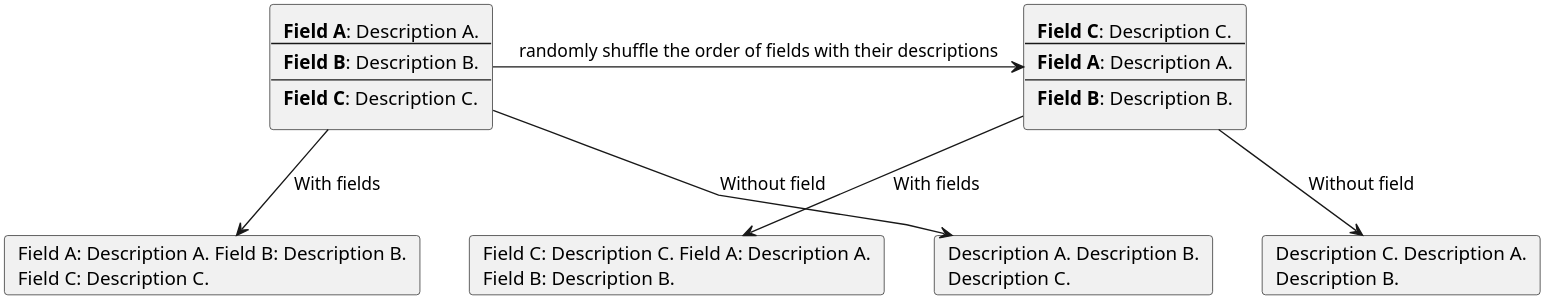
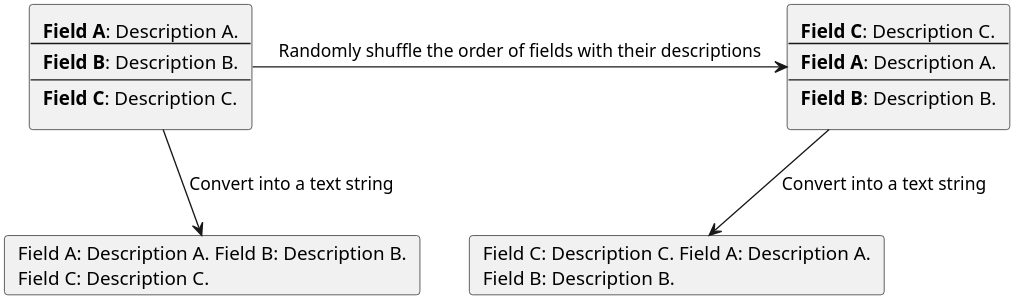
The diagram in uml/text_aug.pu (C-Campbell-Lab/A-BERT-model-from-pathology-synopses), drawn with PlantUML before and after one commit. The commit also changed 16 other files, not shown here.

```diff
--- a/uml/text_aug.pu
+++ b/uml/text_aug.pu
@@ -1,55 +1,55 @@
 @startuml text_aug
 ' skinparam defaultTextAlignment center
 skinparam linetype polyline
 skinparam Dpi 300
 skinparam monochrome true
 skinparam shadowing false
 skinparam classFontName Arial
 together {
     rectangle origin as "
     **Field A**: Description A.
     ---
     **Field B**: Description B.
     ---
     **Field C**: Description C.
     "
 
     rectangle aug as "
     **Field C**: Description C.
     ---
     **Field A**: Description A.
     ---
     **Field B**: Description B.
     "
 }
 
 together {
     card text_ori as "Field A: Description A. Field B: Description B.
      Field C: Description C."
 
     card text_aug as "Field C: Description C. Field A: Description A.
      Field B: Description B."
 }
 
-together {
-card text_ori_no as "Description A. Description B.
- Description C."
-card text_aug_no as "Description C. Description A.
- Description B."
-}
+' together {
+' card text_ori_no as "Description A. Description B.
+'  Description C."
+' card text_aug_no as "Description C. Description A.
+'  Description B."
+' }
 
-origin -r-> aug : "randomly shuffle the order of fields with their descriptions"
+origin -r-> aug : "Randomly shuffle the order of fields with their descriptions"
 
 
-origin -d-> text_ori : "With fields"
+origin -d-> text_ori : "Convert into a text string"
 
-aug -d-> text_aug : "With fields"
+aug -d-> text_aug : "Convert into a text string"
 
 
-origin -d-> text_ori_no : "Without field"
+' origin -d-> text_ori_no : "Without field"
 
-aug -d-> text_aug_no : "Without field"
+' aug -d-> text_aug_no : "Without field"
 
 ' text_ori -[hidden]-> text_ori_no
 ' text_aug -[hidden]-> text_aug_no
 @enduml
```
